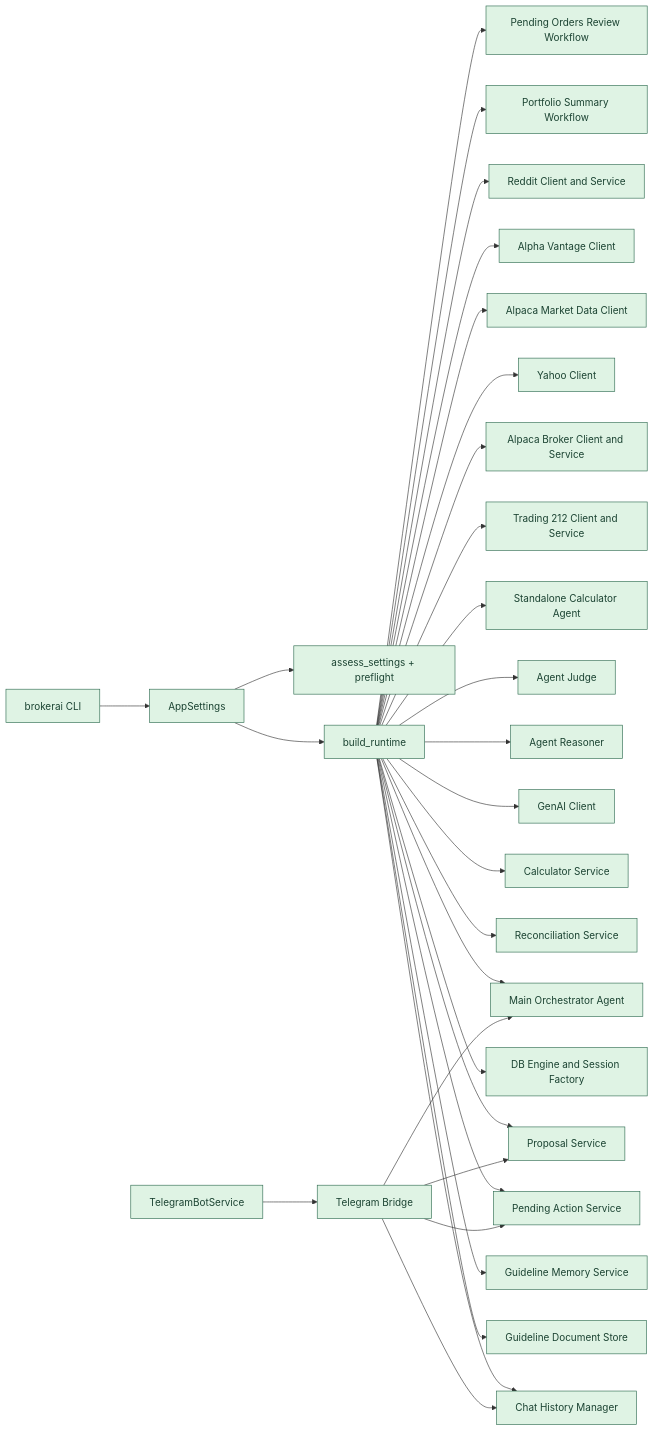
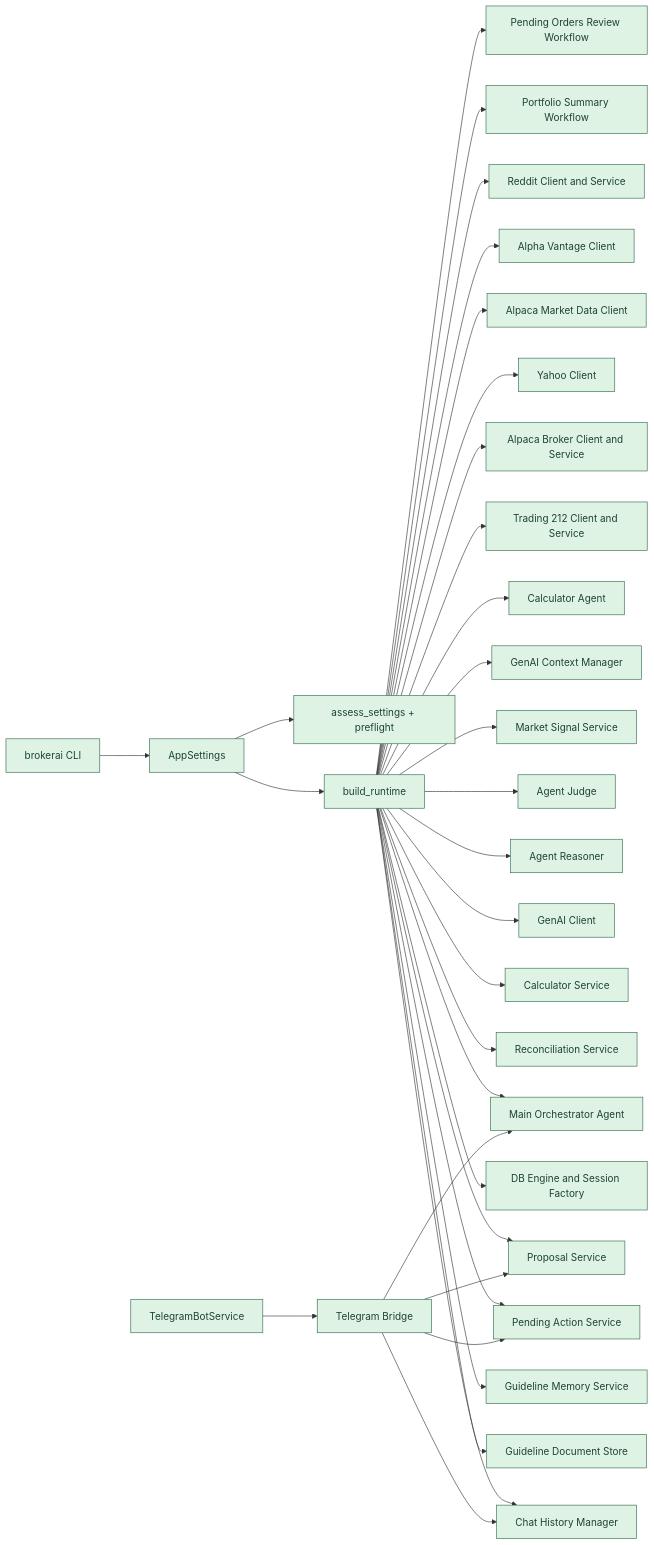
Before and after one commit to applebar17/T212AI: the second of 9 diagrams in docs/ARCHITECTURE_DIAGRAMS.md, drawn with Mermaid. The commit also changed other lines of this file and 6 other files, not shown here.

````diff
--- a/docs/ARCHITECTURE_DIAGRAMS.md
+++ b/docs/ARCHITECTURE_DIAGRAMS.md
@@ -55,40 +58,42 @@
 ```mermaid
 flowchart LR
     CLI[brokerai CLI] --> SETTINGS[AppSettings]
     SETTINGS --> ASSESS[assess_settings + preflight]
     SETTINGS --> RT[build_runtime]
 
     RT --> GDOC[Guideline Document Store]
     RT --> GSVC[Guideline Memory Service]
     RT --> HIST[Chat History Manager]
     RT --> DB[DB Engine and Session Factory]
     RT --> PACT[Pending Action Service]
     RT --> PROP[Proposal Service]
     RT --> RECON[Reconciliation Service]
     RT --> CALCSVC[Calculator Service]
     RT --> GENAI[GenAI Client]
     RT --> REASON[Agent Reasoner]
     RT --> JUDGE[Agent Judge]
     RT --> ORCH[Main Orchestrator Agent]
-    RT --> CALCAGENT[Standalone Calculator Agent]
+    RT --> SIGNALS[Market Signal Service]
+    RT --> CTX[GenAI Context Manager]
+    RT --> CALCAGENT[Calculator Agent]
 
     RT --> T212[Trading 212 Client and Service]
     RT --> AB[Alpaca Broker Client and Service]
     RT --> Y[Yahoo Client]
     RT --> AM[Alpaca Market Data Client]
     RT --> A[Alpha Vantage Client]
     RT --> RD[Reddit Client and Service]
     RT --> W1[Portfolio Summary Workflow]
     RT --> W2[Pending Orders Review Workflow]
 
     BOT[TelegramBotService] --> TG[Telegram Bridge]
     TG --> ORCH
     TG --> HIST
     TG --> PACT
     TG --> PROP
 
     classDef wired fill:#dff3e4,stroke:#2d6a4f,color:#1b4332;
     classDef partial fill:#fff3cd,stroke:#b08900,color:#5f3b00;
 
-    class CLI,SETTINGS,ASSESS,RT,GDOC,GSVC,HIST,DB,PACT,PROP,RECON,CALCSVC,GENAI,REASON,JUDGE,ORCH,CALCAGENT,T212,AB,Y,AM,A,RD,BOT,TG,W1,W2 wired;
+    class CLI,SETTINGS,ASSESS,RT,GDOC,GSVC,HIST,DB,PACT,PROP,RECON,CALCSVC,SIGNALS,CTX,GENAI,REASON,JUDGE,ORCH,CALCAGENT,T212,AB,Y,AM,A,RD,BOT,TG,W1,W2 wired;
 ```
````
